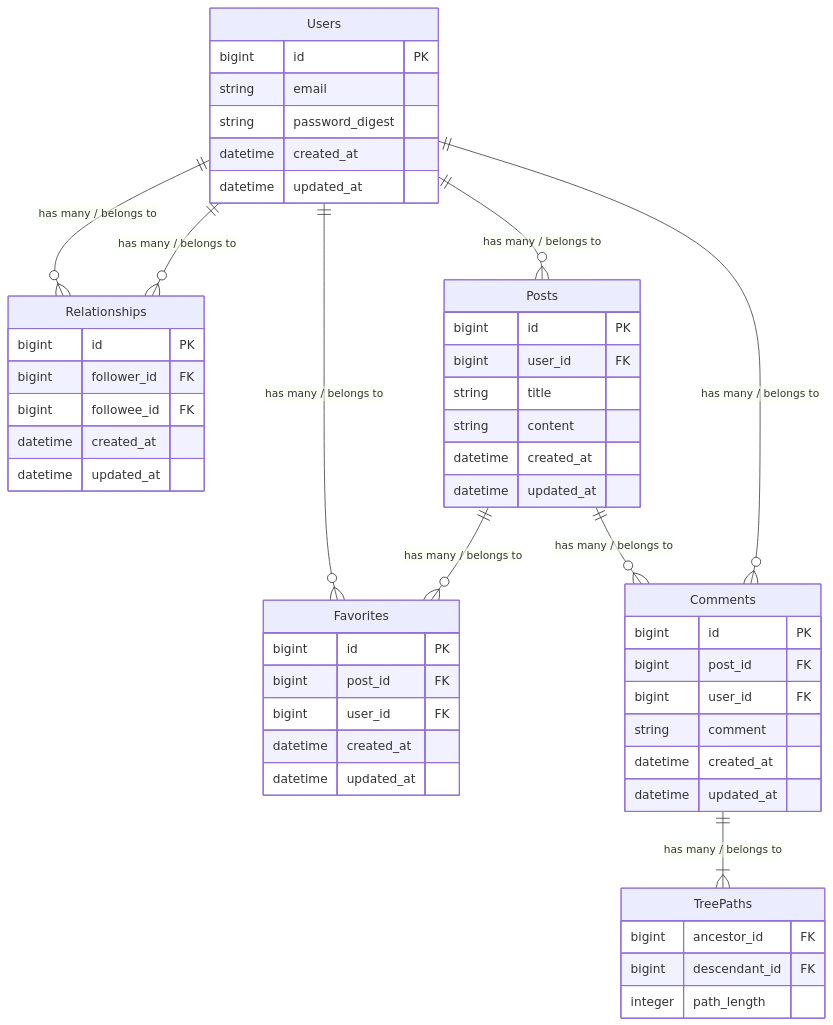
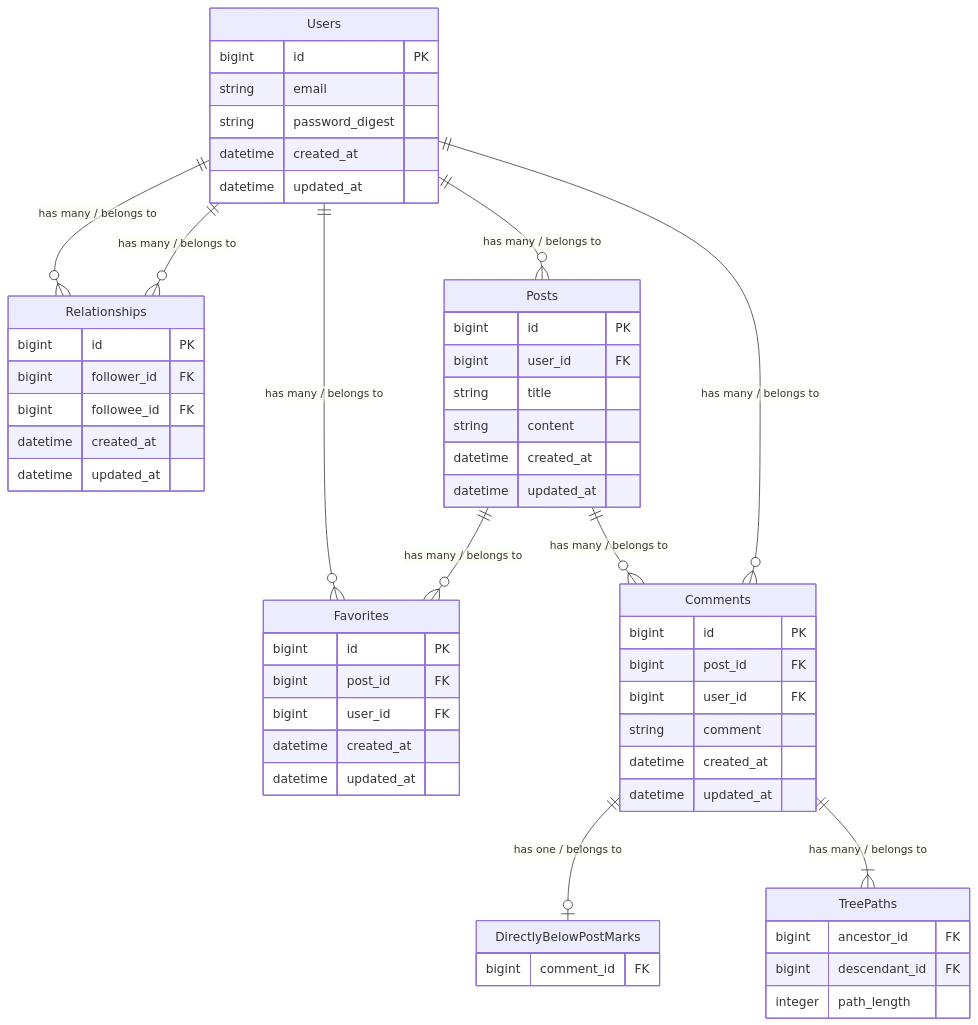
The diagram in er_diagram.md (ok-os-job-change-team/tetsuya-twitter-clone-bootcamp), drawn with Mermaid before and after one commit. The commit also changed 16 other files, not shown here.

````diff
--- a/er_diagram.md
+++ b/er_diagram.md
@@ -1,63 +1,70 @@
 ```mermaid
 erDiagram
 
 %% 1:0or多
 Users ||--o{ Relationships : "has many / belongs to"
 Relationships }o--|| Users : "has many / belongs to"
 Users ||--o{ Posts : "has many / belongs to"
 Users ||--o{ Favorites : "has many / belongs to"
 Posts ||--o{ Favorites : "has many / belongs to"
 Posts ||--o{ Comments : "has many / belongs to"
 Users ||--o{ Comments : "has many / belongs to"
+
+%% 1:0or1
+Comments ||--o| DirectlyBelowPostMarks : "has one / belongs to"
 
 %% 1:1or多
 Comments ||--|{ TreePaths : "has many / belongs to"
 
 Users {
   bigint id PK
   string email
   string password_digest
   datetime created_at
   datetime updated_at
 }
 
 Posts {
   bigint id PK
   bigint user_id FK
   string title
   string content
   datetime created_at
   datetime updated_at
 }
 
 Favorites {
   bigint id PK
   bigint post_id FK
   bigint user_id FK
   datetime created_at
   datetime updated_at
 }
 
 Relationships {
   bigint id PK
   bigint follower_id FK
   bigint followee_id FK
   datetime created_at
   datetime updated_at
 }
 
 Comments {
   bigint id PK
   bigint post_id FK
   bigint user_id FK
   string comment
   datetime created_at
   datetime updated_at
 }
 
 TreePaths {
   bigint ancestor_id FK
   bigint descendant_id FK
   integer path_length
 }
+
+DirectlyBelowPostMarks {
+  bigint comment_id FK
+}
 ```
````
